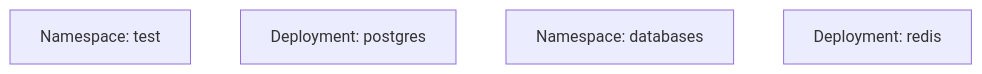
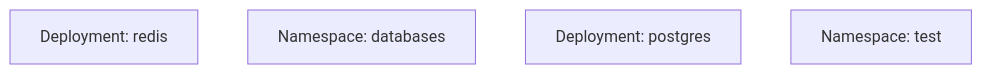
Before and after one commit to dannys0n/K8-Local-To-Cloud-Project: the diagram in docs/k8s-topology.md, drawn with Mermaid. The commit also changed other lines of this file and 2 other files, not shown here.

````diff
--- a/docs/k8s-topology.md
+++ b/docs/k8s-topology.md
@@ -3,7 +3,7 @@
 ```mermaid
 graph TD
+redis["Deployment: redis"]
+databases["Namespace: databases"]
+postgres["Deployment: postgres"]
 test["Namespace: test"]
-postgres["Deployment: postgres"]
-databases["Namespace: databases"]
-redis["Deployment: redis"]
 ```
````
